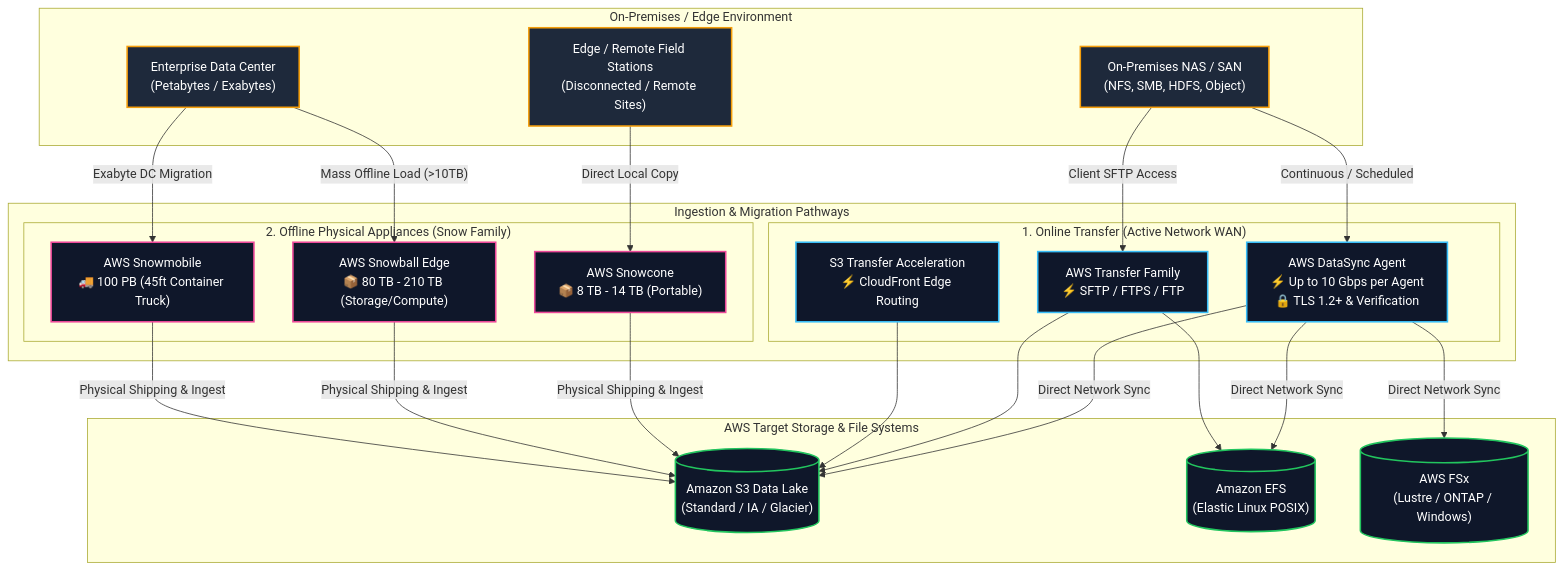
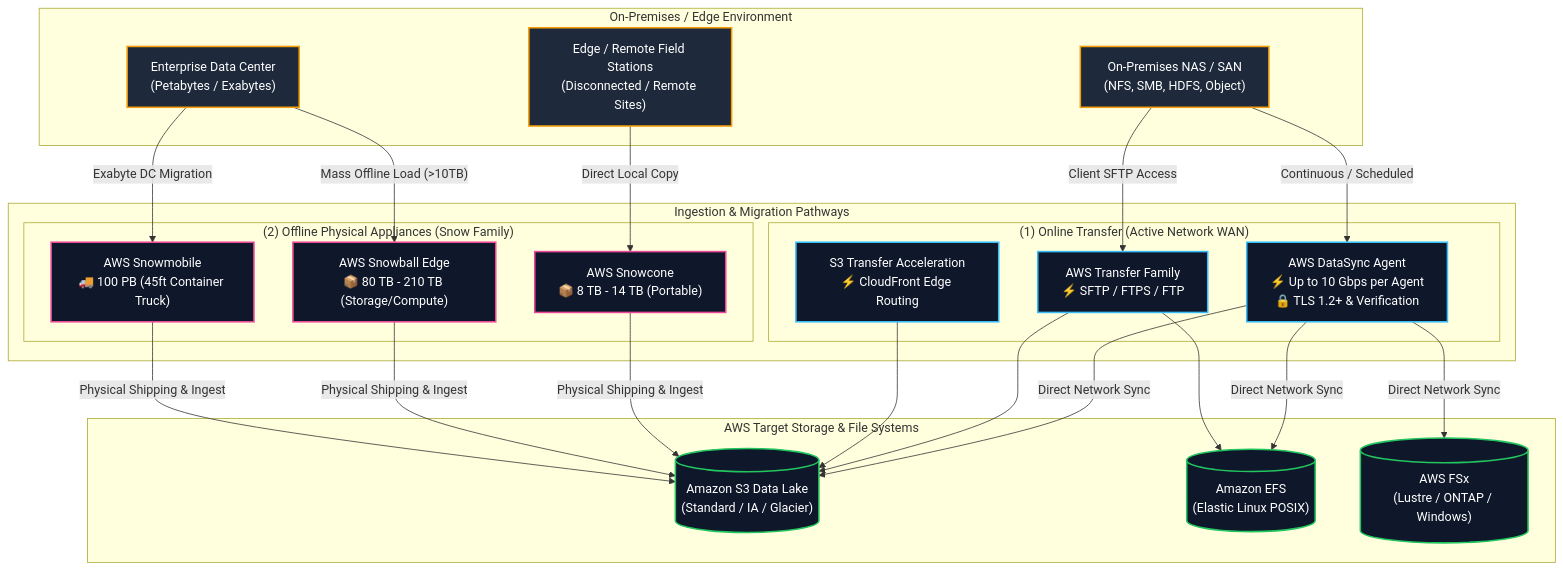
The first of 5 diagrams in content/02-services/migration/datasync-and-snow.md (Wathon/aws-dea-c01-note), drawn with Mermaid before and after one commit. The commit also changed other lines of this file and 19 other files, not shown here.

Commit message:
fix(mermaid): resolve 'Unsupported markdown: list' rendering issues across all diagram node and edge labels

````diff
--- a/content/02-services/migration/datasync-and-snow.md
+++ b/content/02-services/migration/datasync-and-snow.md
@@ -39,55 +39,55 @@
 ```mermaid
 graph TB
     subgraph OnPremises["On-Premises / Edge Environment"]
         NFS_SMB["On-Premises NAS / SAN<br/>(NFS, SMB, HDFS, Object)"]
         EdgeSensor["Edge / Remote Field Stations<br/>(Disconnected / Remote Sites)"]
         HugeDCDataset["Enterprise Data Center<br/>(Petabytes / Exabytes)"]
     end
 
     subgraph TransferMethods["Ingestion & Migration Pathways"]
-        subgraph OnlinePath["1. Online Transfer (Active Network WAN)"]
+        subgraph OnlinePath["(1) Online Transfer (Active Network WAN)"]
             DataSyncAgent["AWS DataSync Agent<br/>⚡ Up to 10 Gbps per Agent<br/>🔒 TLS 1.2+ & Verification"]
             TransferFam["AWS Transfer Family<br/>⚡ SFTP / FTPS / FTP"]
             S3TA["S3 Transfer Acceleration<br/>⚡ CloudFront Edge Routing"]
         end
 
-        subgraph OfflinePath["2. Offline Physical Appliances (Snow Family)"]
+        subgraph OfflinePath["(2) Offline Physical Appliances (Snow Family)"]
             Snowcone["AWS Snowcone<br/>📦 8 TB - 14 TB (Portable)"]
             Snowball["AWS Snowball Edge<br/>📦 80 TB - 210 TB (Storage/Compute)"]
             Snowmobile["AWS Snowmobile<br/>🚚 100 PB (45ft Container Truck)"]
         end
     end
 
     subgraph AWSCloud["AWS Target Storage & File Systems"]
         S3Bucket[("Amazon S3 Data Lake<br/>(Standard / IA / Glacier)")]
         EFSFS[("Amazon EFS<br/>(Elastic Linux POSIX)")]
         FSxCluster[("AWS FSx<br/>(Lustre / ONTAP / Windows)")]
     end
 
     NFS_SMB -->|"Continuous / Scheduled"| DataSyncAgent
     NFS_SMB -->|"Client SFTP Access"| TransferFam
     EdgeSensor -->|"Direct Local Copy"| Snowcone
     HugeDCDataset -->|"Mass Offline Load (>10TB)"| Snowball
     HugeDCDataset -->|"Exabyte DC Migration"| Snowmobile
 
     DataSyncAgent -->|"Direct Network Sync"| S3Bucket
     DataSyncAgent -->|"Direct Network Sync"| EFSFS
     DataSyncAgent -->|"Direct Network Sync"| FSxCluster
     TransferFam --> S3Bucket
     TransferFam --> EFSFS
     S3TA --> S3Bucket
 
     Snowcone -->|"Physical Shipping & Ingest"| S3Bucket
     Snowball -->|"Physical Shipping & Ingest"| S3Bucket
     Snowmobile -->|"Physical Shipping & Ingest"| S3Bucket
 
     classDef onprem fill:#1e293b,stroke:#f59e0b,stroke-width:2px,color:#fff;
     classDef online fill:#0f172a,stroke:#38bdf8,stroke-width:2px,color:#fff;
     classDef offline fill:#0f172a,stroke:#ec4899,stroke-width:2px,color:#fff;
     classDef aws fill:#0f172a,stroke:#22c55e,stroke-width:2px,color:#fff;
 
     class NFS_SMB,EdgeSensor,HugeDCDataset onprem;
     class DataSyncAgent,TransferFam,S3TA online;
     class Snowcone,Snowball,Snowmobile offline;
     class S3Bucket,EFSFS,FSxCluster aws;
 ```
````
